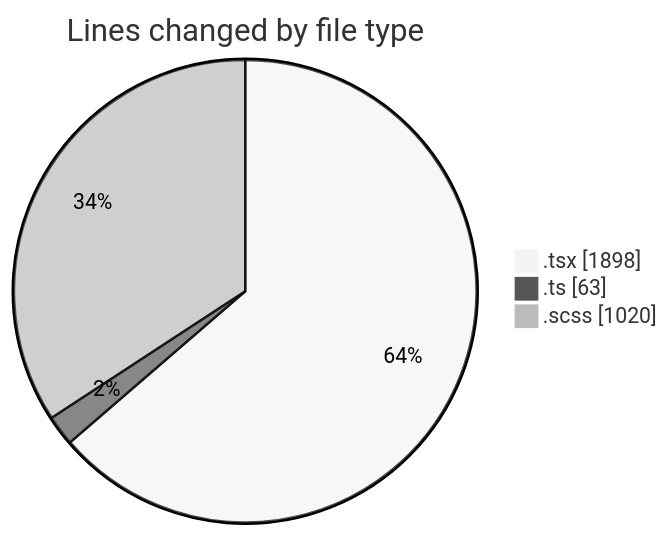
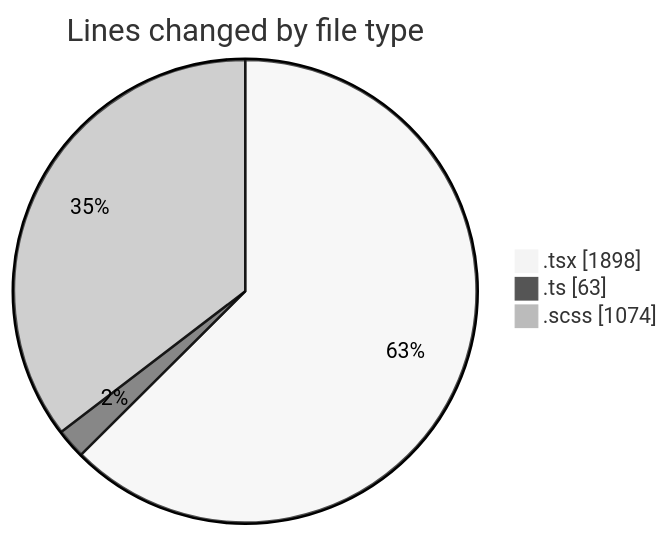
The first of 2 diagrams in 2025-04-02/cda/README.md (momahboobian/code-tracking), drawn with Mermaid (neutral theme) before and after one commit. The commit also changed other lines of this file and 1 other file, not shown here.

````diff
--- a/2025-04-02/cda/README.md
+++ b/2025-04-02/cda/README.md
@@ -30,7 +30,7 @@
 ```mermaid
 pie showData
 title Lines changed by file type
 ".tsx" : 1898
 ".ts" : 63
-".scss" : 1020
+".scss" : 1074
 ```
````
